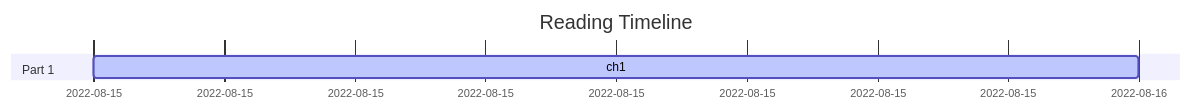
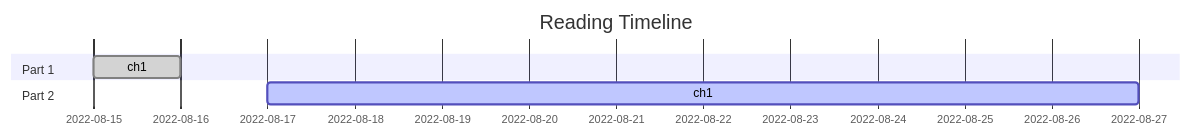
The second of 3 diagrams in README.md (ywjpanda/Fenix-Architecture), drawn with Mermaid before and after one commit. The commit also changed other lines of this file, not shown here.

````diff
--- a/README.md
+++ b/README.md
@@ -19,8 +19,10 @@
 ```mermaid
 gantt
     todayMarker off
     title Reading Timeline
     dateFormat  YYYY-MM-DD
     section Part 1
-    ch1 : active, 2022-08-15,2022-08-16
+    ch1 : done, 2022-08-15,2022-08-16
+    section Part 2
+    ch1 : active, 2022-08-17,2022-08-27
 ```
````
